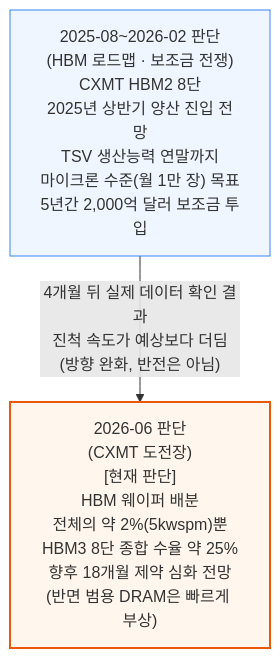
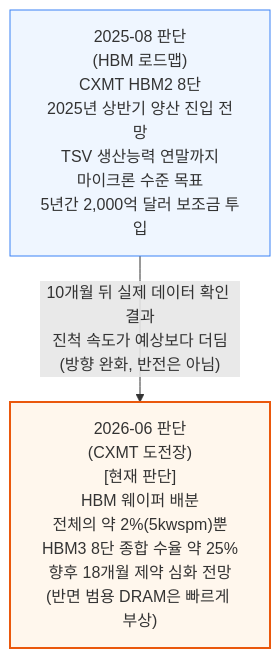
The third of 5 diagrams in 통합 리포트/[260706] 메모리 통합 리포트.md (yohan4477/semi-report), drawn with Mermaid before and after one commit. The commit also changed other lines of this file and 1 other file, not shown here.

````diff
--- a/통합 리포트/[260706] 메모리 통합 리포트.md
+++ b/통합 리포트/[260706] 메모리 통합 리포트.md
@@ -82,7 +79,7 @@
 ```mermaid
 flowchart TD
-    D0812c["2025-08~2026-02 판단<br/>(HBM 로드맵 · 보조금 전쟁)<br/>CXMT HBM2 8단<br/>2025년 상반기 양산 진입 전망<br/>TSV 생산능력 연말까지<br/>마이크론 수준(월 1만 장) 목표<br/>5년간 2,000억 달러 보조금 투입"] -->|"4개월 뒤 실제 데이터 확인 결과<br/>진척 속도가 예상보다 더딤<br/>(방향 완화, 반전은 아님)"| D0623c["2026-06 판단<br/>(CXMT 도전장)<br/>[현재 판단]<br/>HBM 웨이퍼 배분<br/>전체의 약 2%(5kwspm)뿐<br/>HBM3 8단 종합 수율 약 25%<br/>향후 18개월 제약 심화 전망<br/>(반면 범용 DRAM은 빠르게 부상)"]
+    D0812c["2025-08 판단<br/>(HBM 로드맵)<br/>CXMT HBM2 8단<br/>2025년 상반기 양산 진입 전망<br/>TSV 생산능력 연말까지<br/>마이크론 수준 목표<br/>5년간 2,000억 달러 보조금 투입"] -->|"10개월 뒤 실제 데이터 확인 결과<br/>진척 속도가 예상보다 더딤<br/>(방향 완화, 반전은 아님)"| D0623c["2026-06 판단<br/>(CXMT 도전장)<br/>[현재 판단]<br/>HBM 웨이퍼 배분<br/>전체의 약 2%(5kwspm)뿐<br/>HBM3 8단 종합 수율 약 25%<br/>향후 18개월 제약 심화 전망<br/>(반면 범용 DRAM은 빠르게 부상)"]
 
     style D0812c fill:#eff6ff,stroke:#3b82f6
     style D0623c fill:#fff7ed,stroke:#ea580c,stroke-width:2px
 ```
````
